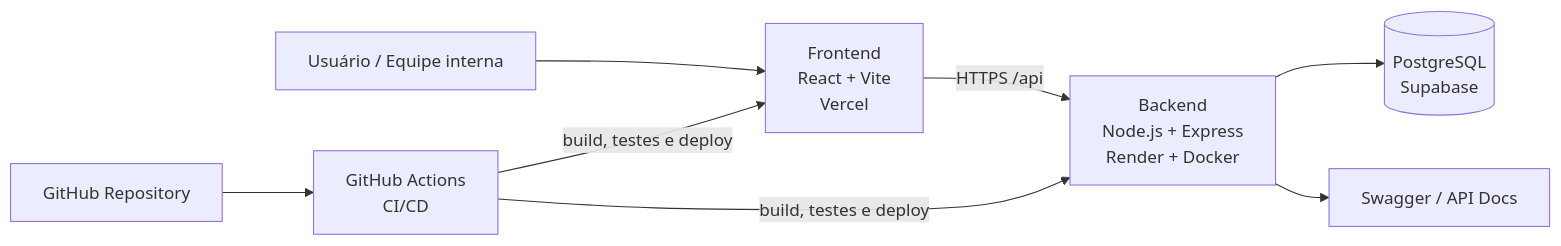
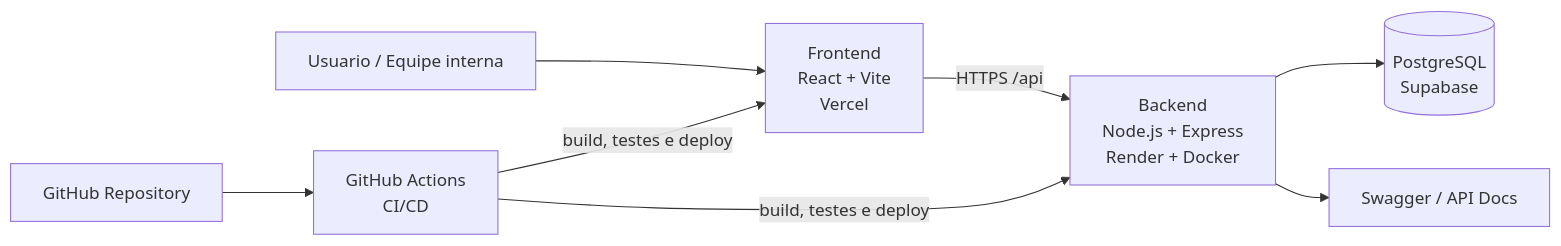
The diagram in docs/relatorio-tecnico.md (guimaraesander/comprovos), drawn with Mermaid before and after one commit. The commit also changed other lines of this file, not shown here.

````diff
--- a/docs/relatorio-tecnico.md
+++ b/docs/relatorio-tecnico.md
@@ -38,18 +47,18 @@
 ```mermaid
 flowchart LR
-    U[Usuário / Equipe interna]
+    U[Usuario / Equipe interna]
     F[Frontend<br/>React + Vite<br/>Vercel]
     B[Backend<br/>Node.js + Express<br/>Render + Docker]
     D[(PostgreSQL<br/>Supabase)]
     A[Swagger / API Docs]
     C[GitHub Actions<br/>CI/CD]
     G[GitHub Repository]
 
     U --> F
     F -->|HTTPS /api| B
     B --> D
     B --> A
     G --> C
     C -->|build, testes e deploy| F
     C -->|build, testes e deploy| B
 ```
````
